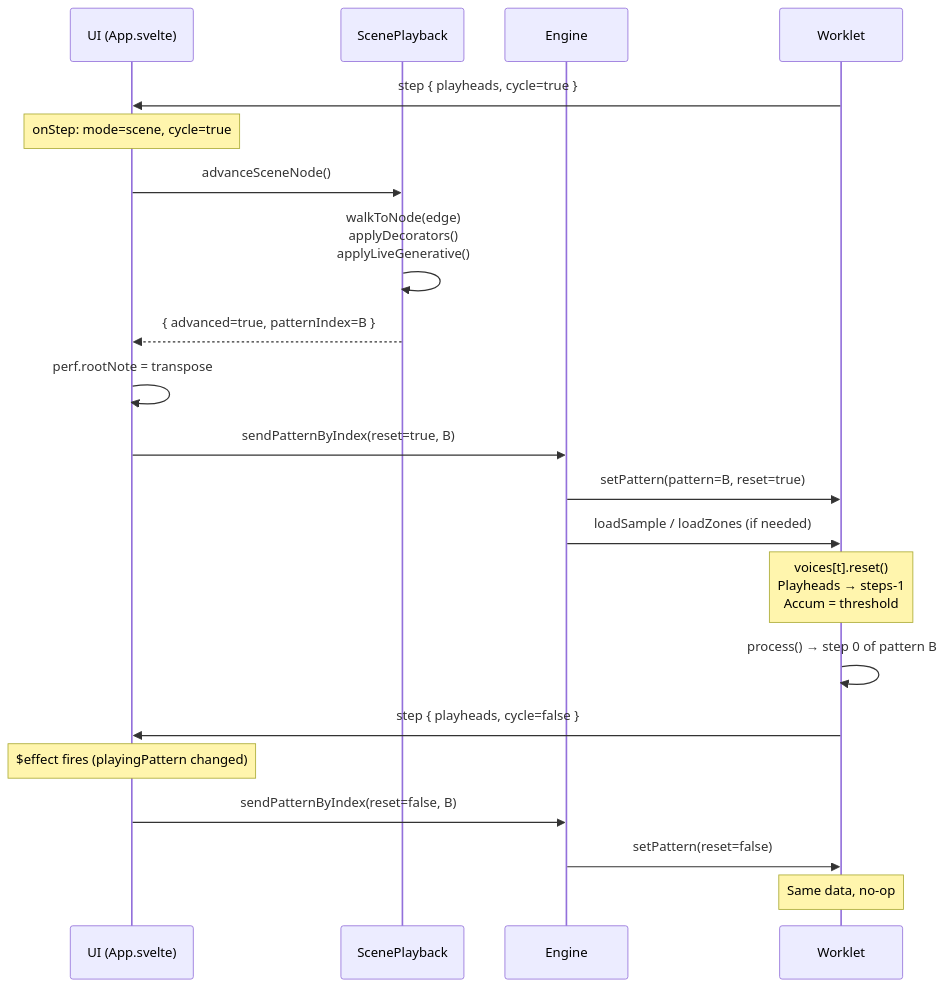
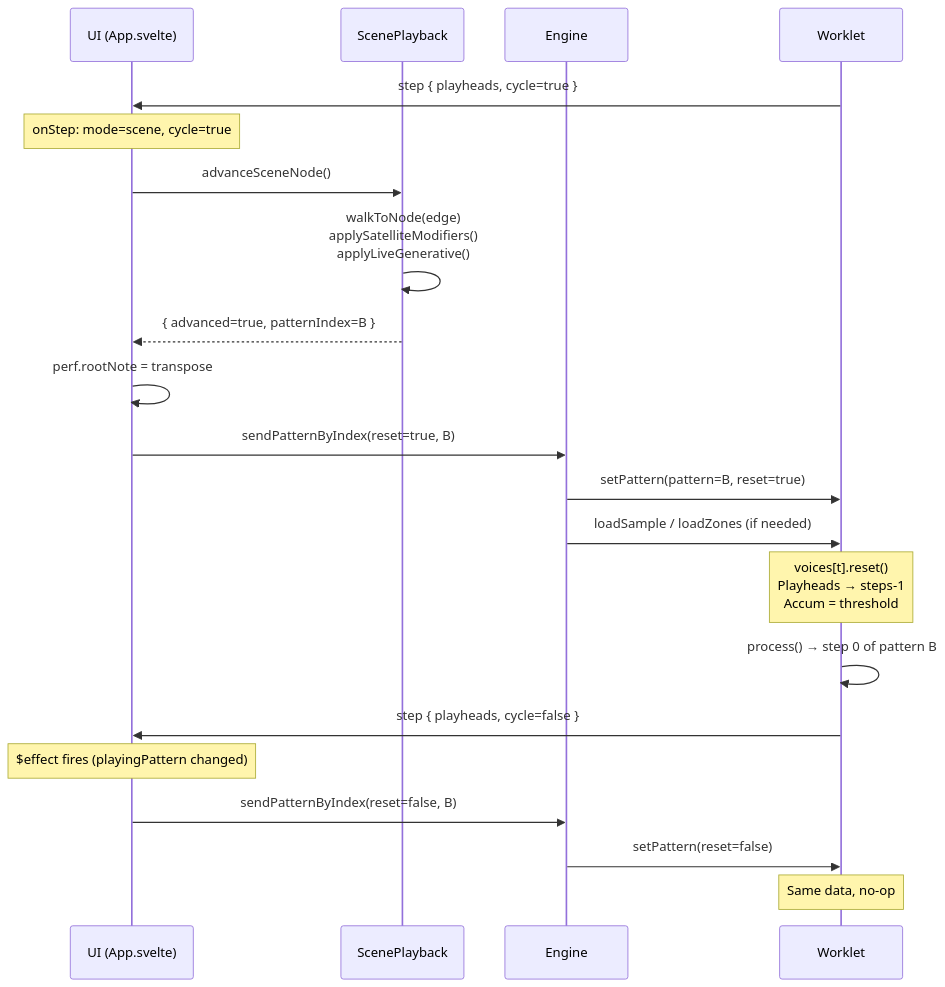
Before and after one commit to im9/inboil: the fourth of 6 diagrams in docs/ai/MESSAGE_FLOW.md, drawn with Mermaid. The commit also changed other lines of this file and 18 other files, not shown here.

````diff
--- a/docs/ai/MESSAGE_FLOW.md
+++ b/docs/ai/MESSAGE_FLOW.md
@@ -96,29 +96,29 @@
 ```mermaid
 sequenceDiagram
     participant U as UI (App.svelte)
     participant S as ScenePlayback
     participant E as Engine
     participant W as Worklet
 
     W->>U: step { playheads, cycle=true }
 
     Note over U: onStep: mode=scene, cycle=true
     U->>S: advanceSceneNode()
-    S->>S: walkToNode(edge)<br/>applyDecorators()<br/>applyLiveGenerative()
+    S->>S: walkToNode(edge)<br/>applySatelliteModifiers()<br/>applyLiveGenerative()
     S-->>U: { advanced=true, patternIndex=B }
 
     U->>U: perf.rootNote = transpose
     U->>E: sendPatternByIndex(reset=true, B)
     E->>W: setPattern(pattern=B, reset=true)
     E->>W: loadSample / loadZones (if needed)
 
     Note over W: voices[t].reset()<br/>Playheads → steps-1<br/>Accum = threshold
 
     W->>W: process() → step 0 of pattern B
     W->>U: step { playheads, cycle=false }
 
     Note over U: $effect fires (playingPattern changed)
     U->>E: sendPatternByIndex(reset=false, B)
     E->>W: setPattern(reset=false)
     Note over W: Same data, no-op
 ```
````
